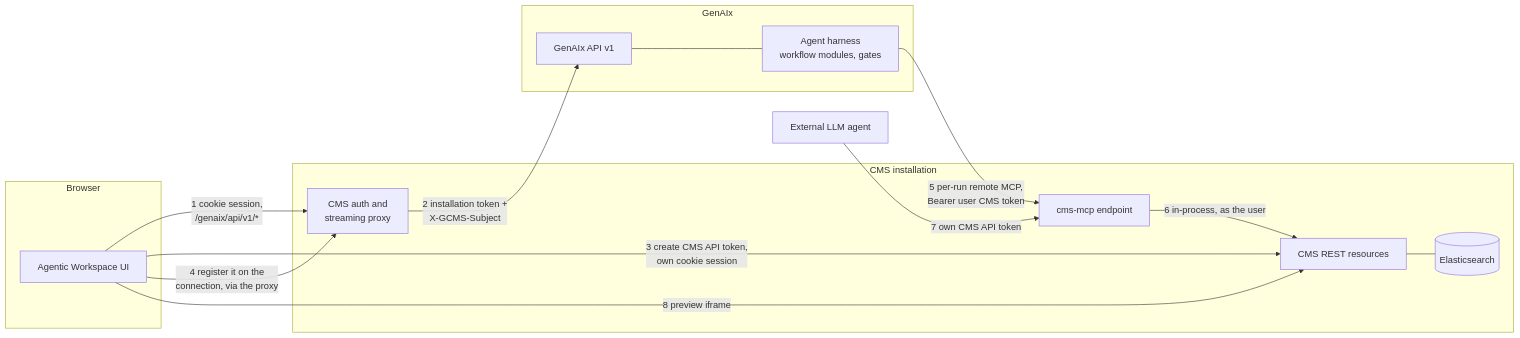
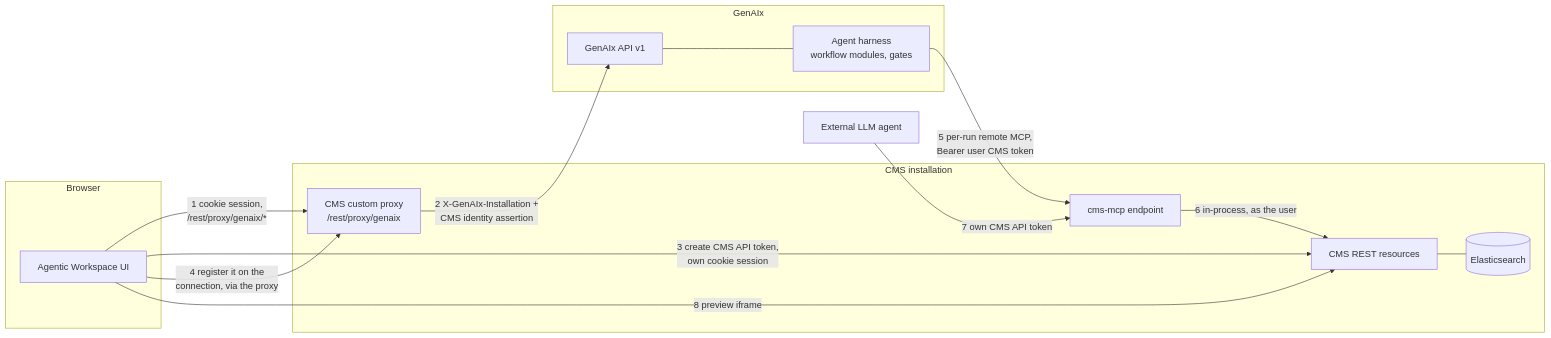
One commit to gentics/cms-oss changed the diagram in workspace-ui/.claude/contracts/genaix-docs/09-integration-guide.md. Above: the diagram before and after it, drawn with Mermaid. The commit also changed other lines of this file and 18 other files, not shown here.

````diff
--- a/workspace-ui/.claude/contracts/genaix-docs/09-integration-guide.md
+++ b/workspace-ui/.claude/contracts/genaix-docs/09-integration-guide.md
@@ -50,28 +53,28 @@
 ```mermaid
 graph LR
     subgraph Browser
         WS[Agentic Workspace UI]
     end
     subgraph CMS installation
-        PX[CMS auth and<br/>streaming proxy]
+        PX[CMS custom proxy<br/>/rest/proxy/genaix]
         RT[CMS REST resources]
         MCP[cms-mcp endpoint]
         ES[(Elasticsearch)]
     end
     subgraph GenAIx
         GX[GenAIx API v1]
         HX[Agent harness<br/>workflow modules, gates]
     end
     EX[External LLM agent]
 
-    WS -->|"1 cookie session,<br/>/genaix/api/v1/*"| PX
-    PX -->|"2 installation token +<br/>X-GCMS-Subject"| GX
+    WS -->|"1 cookie session,<br/>/rest/proxy/genaix/*"| PX
+    PX -->|"2 X-GenAIx-Installation +<br/>CMS identity assertion"| GX
     WS -->|"3 create CMS API token,<br/>own cookie session"| RT
     WS -->|"4 register it on the<br/>connection, via the proxy"| PX
     GX --- HX
     HX -->|"5 per-run remote MCP,<br/>Bearer user CMS token"| MCP
     MCP -->|6 in-process, as the user| RT
     RT --- ES
     EX -->|"7 own CMS API token"| MCP
     WS -->|8 preview iframe| RT
 ```
````
